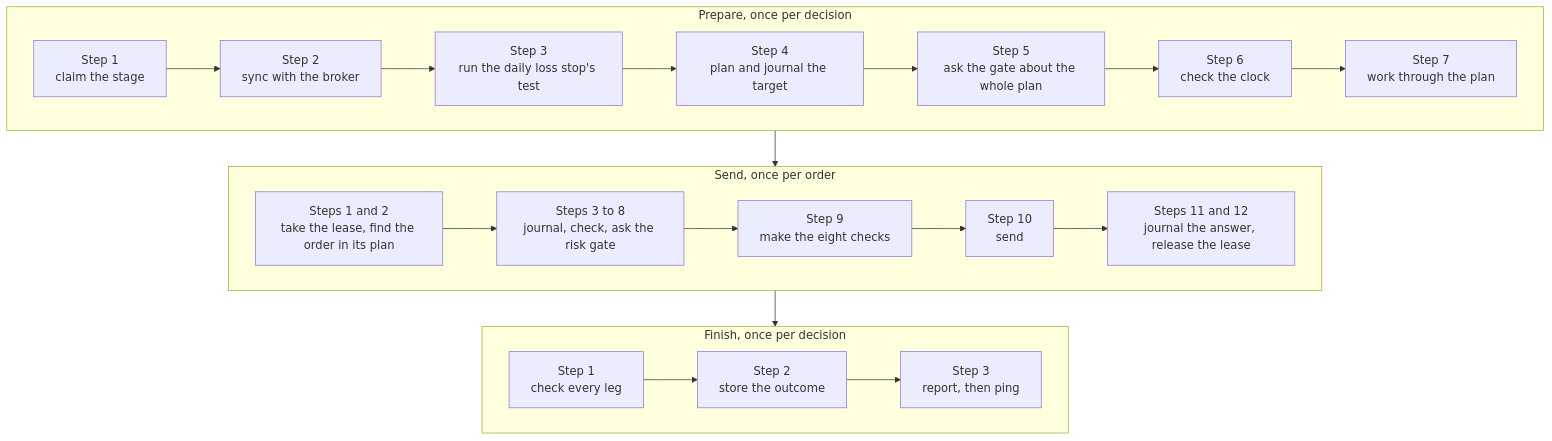
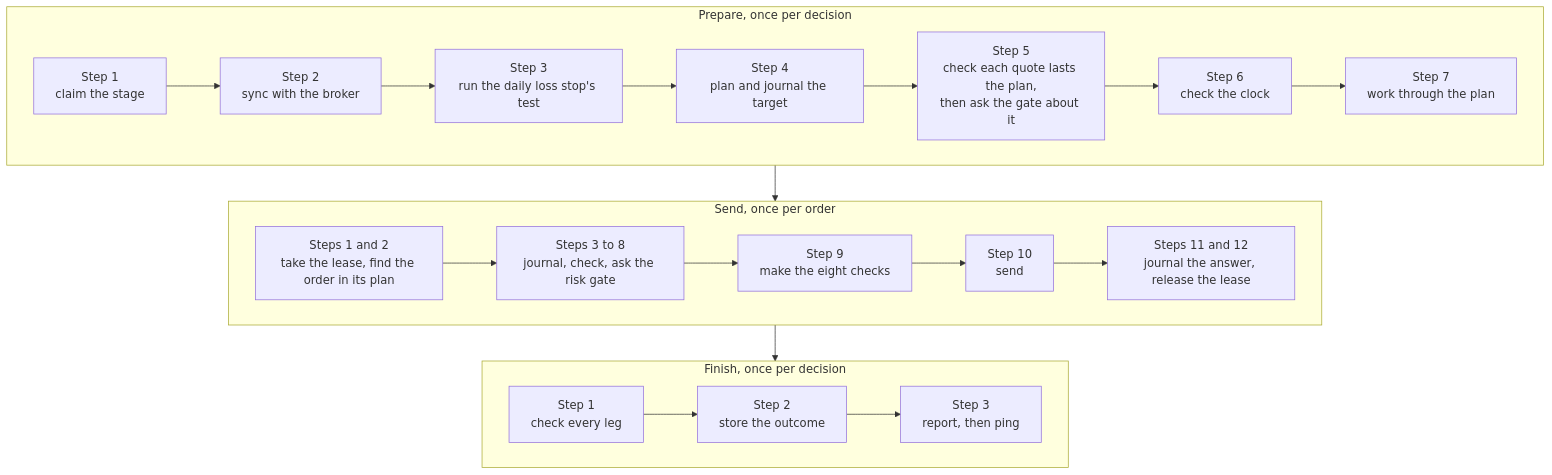
Before and after one commit to l3a0/ithildin-runtime: the ninth of 18 diagrams in docs/architecture/06-runtime.md, drawn with Mermaid. The commit also changed other lines of this file and 5 other files, not shown here.

First line of the commit message:
fix(execution): leave a quote stale at now to the gate, and say which accounts the halt holds

````diff
--- a/docs/architecture/06-runtime.md
+++ b/docs/architecture/06-runtime.md
@@ -620,17 +620,17 @@
 ```mermaid
 flowchart TB
     subgraph prepare["Prepare, once per decision"]
         direction LR
-        a1["Step 1<br/>claim the stage"] --> a2["Step 2<br/>sync with the broker"] --> a3["Step 3<br/>run the daily loss stop's test"] --> a4["Step 4<br/>plan and journal the target"] --> a5["Step 5<br/>ask the gate about the whole plan"] --> a6["Step 6<br/>check the clock"] --> a7["Step 7<br/>work through the plan"]
+        a1["Step 1<br/>claim the stage"] --> a2["Step 2<br/>sync with the broker"] --> a3["Step 3<br/>run the daily loss stop's test"] --> a4["Step 4<br/>plan and journal the target"] --> a5["Step 5<br/>check each quote lasts the plan,<br/>then ask the gate about it"] --> a6["Step 6<br/>check the clock"] --> a7["Step 7<br/>work through the plan"]
     end
     subgraph each["Send, once per order"]
         direction LR
         b1["Steps 1 and 2<br/>take the lease, find the order in its plan"] --> b2["Steps 3 to 8<br/>journal, check, ask the risk gate"] --> b3["Step 9<br/>make the eight checks"] --> b4["Step 10<br/>send"] --> b5["Steps 11 and 12<br/>journal the answer, release the lease"]
     end
     subgraph finish["Finish, once per decision"]
         direction LR
         c1["Step 1<br/>check every leg"] --> c2["Step 2<br/>store the outcome"] --> c3["Step 3<br/>report, then ping"]
     end
     prepare --> each
     each --> finish
 ```
````
